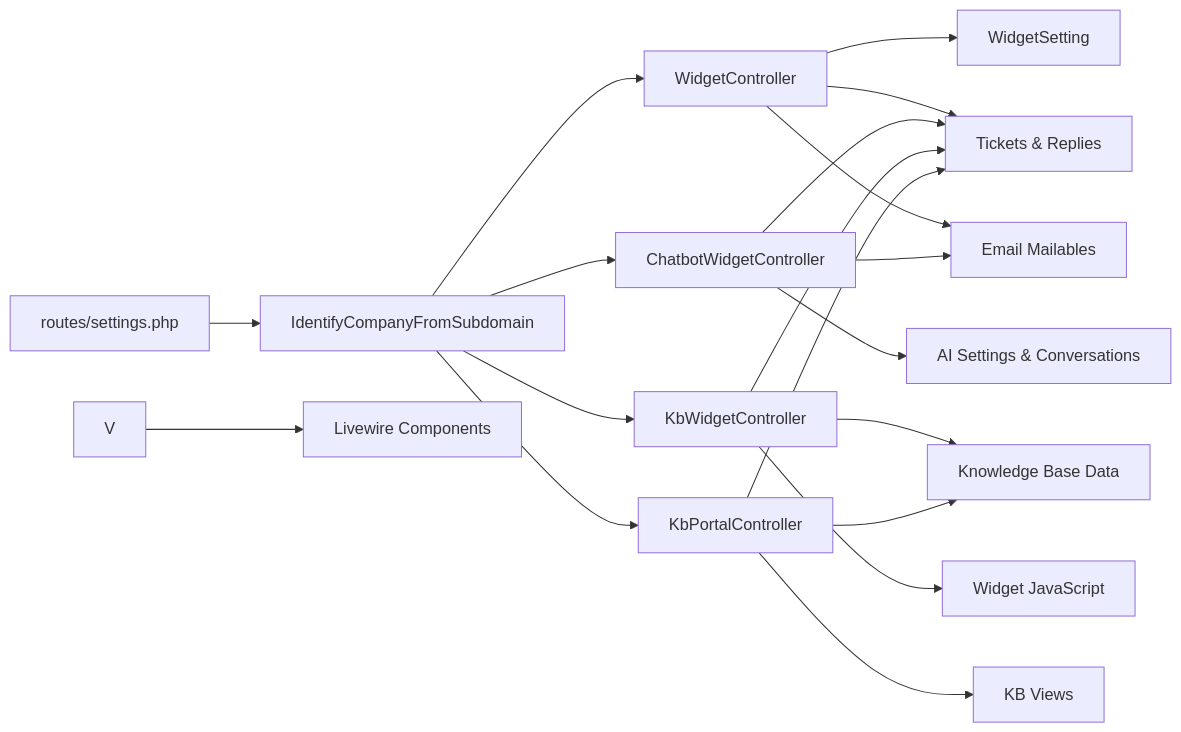
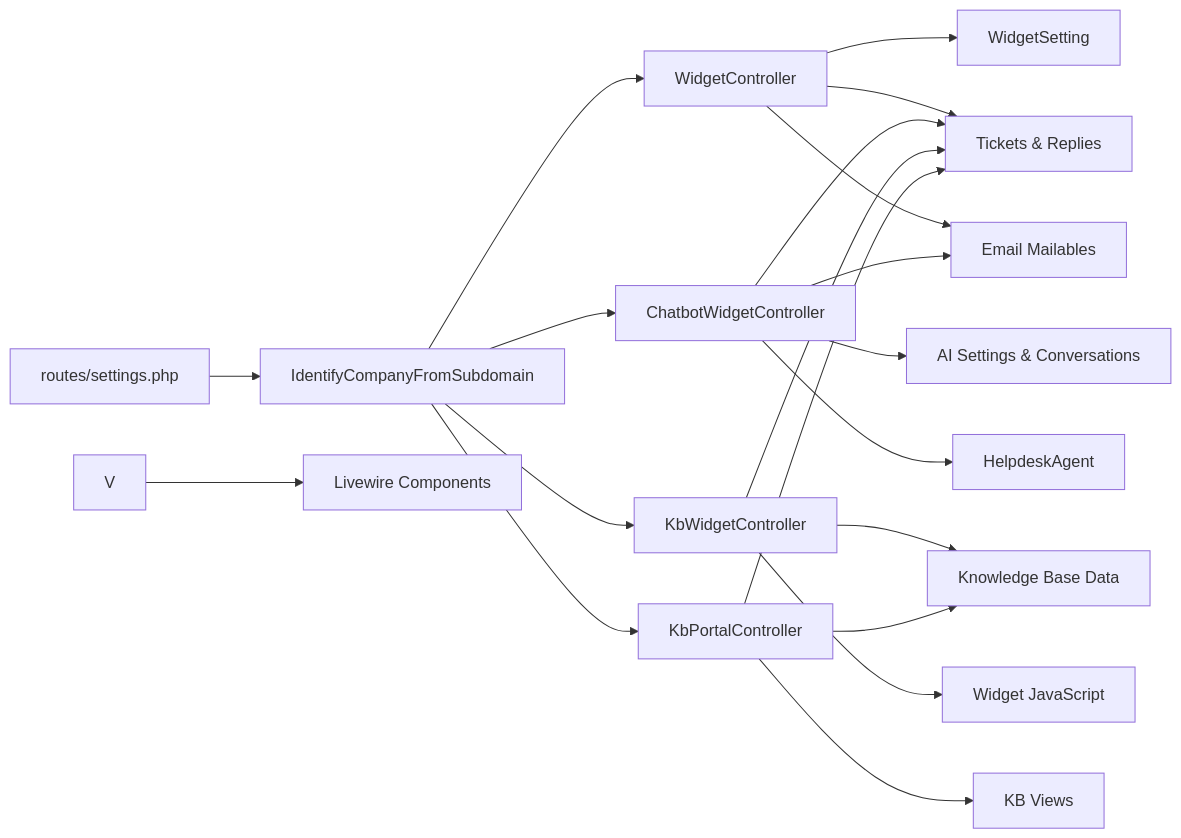
One commit to younesgamer68/helpdesk-system changed the ninth of 9 diagrams in .qoder/repowiki/en/content/Widget System/Widget System.md. Above: the diagram before and after it, drawn with Mermaid. The commit also changed other lines of this file and 12 other files, not shown here.

````diff
--- a/.qoder/repowiki/en/content/Widget System/Widget System.md
+++ b/.qoder/repowiki/en/content/Widget System/Widget System.md
@@ -376,21 +394,22 @@
 ```mermaid
 graph LR
 R["routes/settings.php"] --> MW["IdentifyCompanyFromSubdomain"]
 MW --> WC["WidgetController"]
 MW --> CBC["ChatbotWidgetController"]
 MW --> KBC["KbWidgetController"]
 MW --> KC["KbPortalController"]
 WC --> WS["WidgetSetting"]
 CBC --> AI["AI Settings & Conversations"]
+CBC --> Agent["HelpdeskAgent"]
 KBC --> KB["Knowledge Base Data"]
 KC --> KB
 WC --> DB["Tickets & Replies"]
 CBC --> DB
 KBC --> DB
 KC --> DB
 WC --> EM["Email Mailables"]
 CBC --> EM
 KBC --> JS["Widget JavaScript"]
 KC --> Views["KB Views"]
 V --> LV["Livewire Components"]
 ```
````
